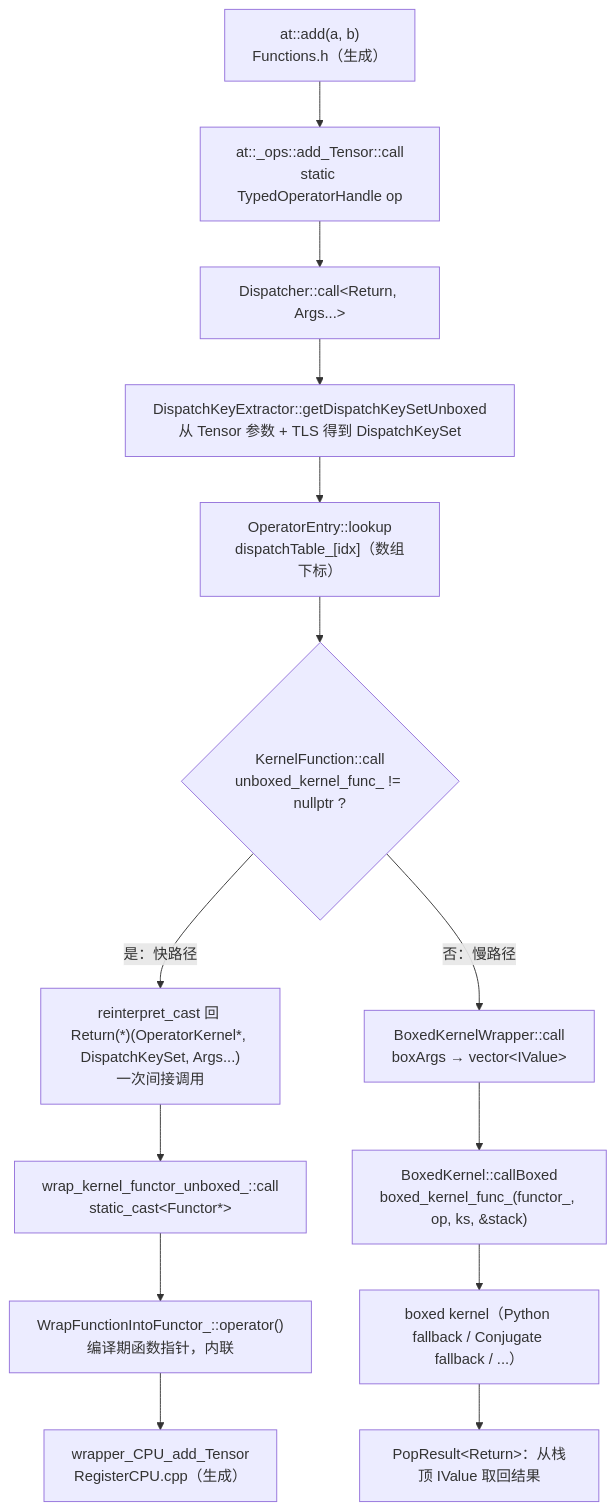
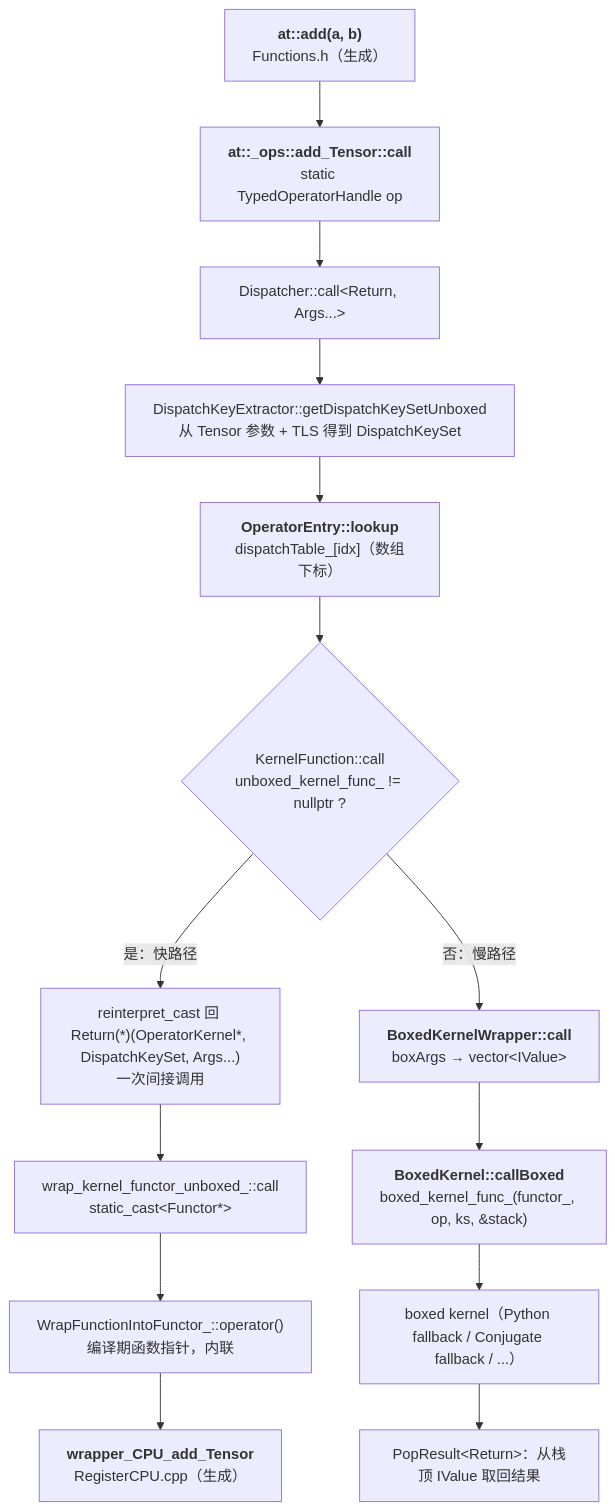
One commit to arganzheng/arganzheng.github.com changed the second of 2 diagrams in _posts/2026-02-08-cpp-polymorphism-and-type-erasure.md. Above: the diagram before and after it, drawn with Mermaid. The commit also changed other lines of this file and 7 other files, not shown here.

First line of the commit message:
C++ 在 AI-Infra：从对象模型到算子扩展：Mermaid 多行方框的首行标为标题（8 篇）

````diff
--- a/_posts/2026-02-08-cpp-polymorphism-and-type-erasure.md
+++ b/_posts/2026-02-08-cpp-polymorphism-and-type-erasure.md
@@ -2018,17 +2018,17 @@
 ```mermaid
 %% 图：一次 at::add 调用的全景：从生成的 Functions.h 经 Dispatcher 查表到 kernel 的快慢两条路径
 flowchart TD
-    A["at::add(a, b)<br/>Functions.h（生成）"] --> B["at::_ops::add_Tensor::call<br/>static TypedOperatorHandle op"]
+    A["<b>at::add(a, b)</b><br/>Functions.h（生成）"] --> B["<b>at::_ops::add_Tensor::call</b><br/>static TypedOperatorHandle op"]
     B --> C["Dispatcher::call&lt;Return, Args...&gt;"]
     C --> D["DispatchKeyExtractor::getDispatchKeySetUnboxed<br/>从 Tensor 参数 + TLS 得到 DispatchKeySet"]
-    D --> E["OperatorEntry::lookup<br/>dispatchTable_[idx]（数组下标）"]
+    D --> E["<b>OperatorEntry::lookup</b><br/>dispatchTable_[idx]（数组下标）"]
     E --> F{"KernelFunction::call<br/>unboxed_kernel_func_ != nullptr ?"}
     F -->|是：快路径| G["reinterpret_cast 回 Return(*)(OperatorKernel*, DispatchKeySet, Args...)<br/>一次间接调用"]
     G --> H["wrap_kernel_functor_unboxed_::call<br/>static_cast&lt;Functor*&gt;"]
     H --> I["WrapFunctionIntoFunctor_::operator()<br/>编译期函数指针，内联"]
-    I --> J["wrapper_CPU_add_Tensor<br/>RegisterCPU.cpp（生成）"]
-    F -->|否：慢路径| K["BoxedKernelWrapper::call<br/>boxArgs → vector&lt;IValue&gt;"]
-    K --> L["BoxedKernel::callBoxed<br/>boxed_kernel_func_(functor_, op, ks, &amp;stack)"]
+    I --> J["<b>wrapper_CPU_add_Tensor</b><br/>RegisterCPU.cpp（生成）"]
+    F -->|否：慢路径| K["<b>BoxedKernelWrapper::call</b><br/>boxArgs → vector&lt;IValue&gt;"]
+    K --> L["<b>BoxedKernel::callBoxed</b><br/>boxed_kernel_func_(functor_, op, ks, &amp;stack)"]
     L --> M["boxed kernel（Python fallback / Conjugate fallback / ...）"]
     M --> N["PopResult&lt;Return&gt;：从栈顶 IValue 取回结果"]
 ```
````
